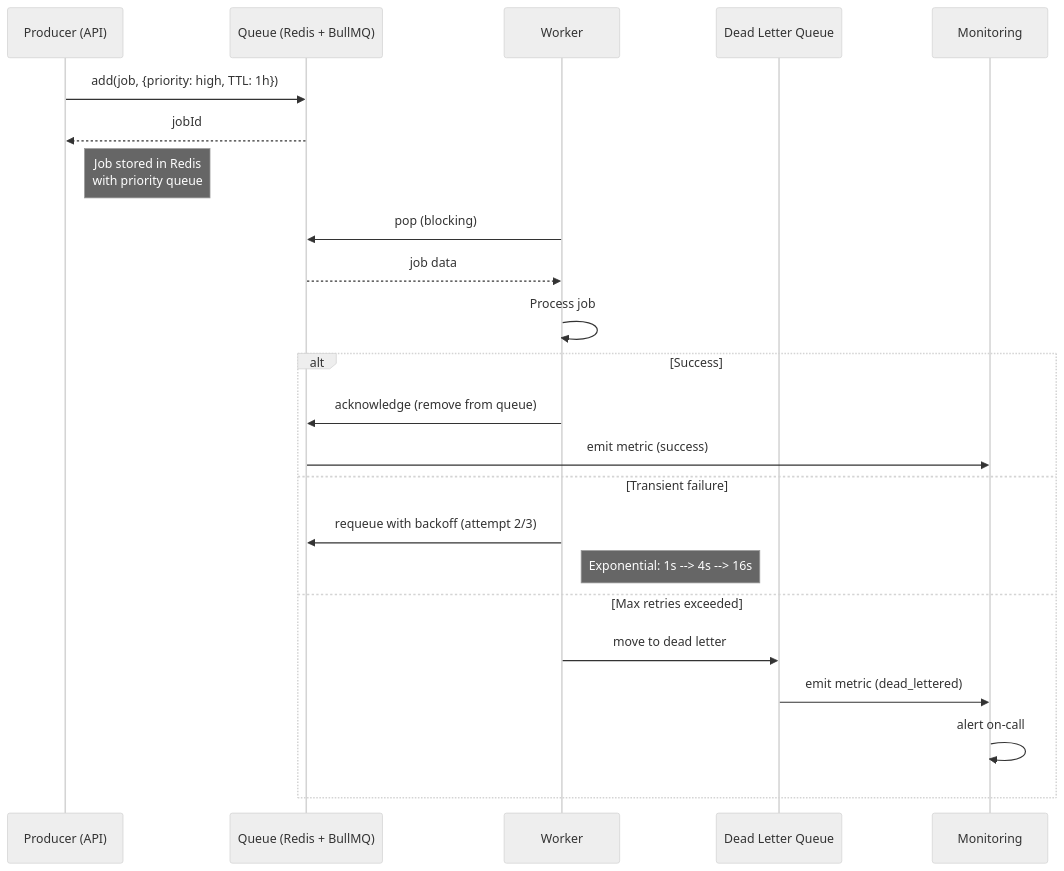
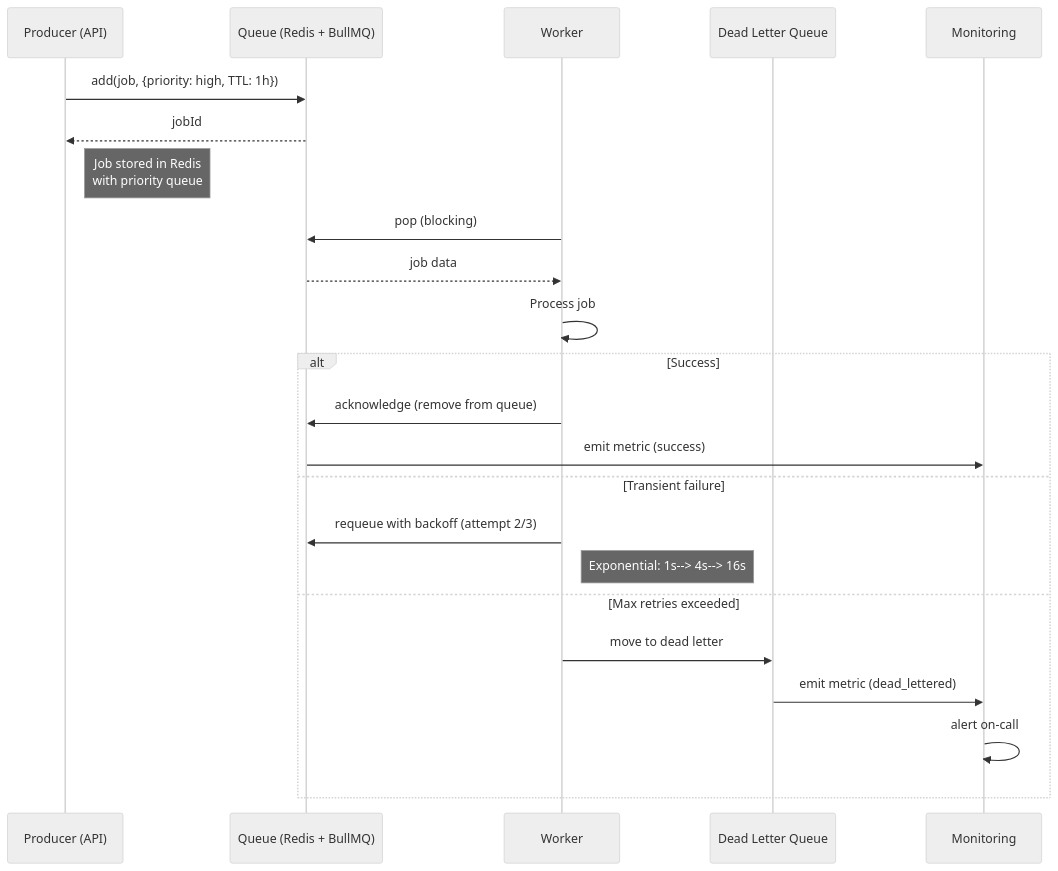
The second of 2 diagrams in docs/backend/Queue.md (Driftloom/Vaeloom), drawn with Mermaid (neutral theme) before and after one commit. The commit also changed other lines of this file and 694 other files, not shown here.

First line of the commit message:
docs: mermaid standardization — encoding/mermaid/duplicate cleanup

````diff
--- a/docs/backend/Queue.md
+++ b/docs/backend/Queue.md
@@ -202,27 +202,27 @@
 ```mermaid
 sequenceDiagram
-    participant P as Producer (API)
-    participant Q as Queue (Redis + BullMQ)
-    participant W as Worker
-    participant DLQ as Dead Letter Queue
-    participant M as Monitoring
+ participant P as Producer (API)
+ participant Q as Queue (Redis + BullMQ)
+ participant W as Worker
+ participant DLQ as Dead Letter Queue
+ participant M as Monitoring
 
-    P->>Q: add(job, {priority: high, TTL: 1h})
-    Q-->>P: jobId
-    Note right of P: Job stored in Redis<br/>with priority queue
+ P->>Q: add(job, {priority: high, TTL: 1h})
+ Q-->>P: jobId
+ Note right of P: Job stored in Redis<br/>with priority queue
 
-    W->>Q: pop (blocking)
-    Q-->>W: job data
-    W->>W: Process job
-    alt Success
-        W->>Q: acknowledge (remove from queue)
-        Q->>M: emit metric (success)
-    else Transient failure
-        W->>Q: requeue with backoff (attempt 2/3)
-        Note right of W: Exponential: 1s --> 4s --> 16s
-    else Max retries exceeded
-        W->>DLQ: move to dead letter
-        DLQ->>M: emit metric (dead_lettered)
-        M->>M: alert on-call
-    end
+ W->>Q: pop (blocking)
+ Q-->>W: job data
+ W->>W: Process job
+ alt Success
+ W->>Q: acknowledge (remove from queue)
+ Q->>M: emit metric (success)
+ else Transient failure
+ W->>Q: requeue with backoff (attempt 2/3)
+ Note right of W: Exponential: 1s--> 4s--> 16s
+ else Max retries exceeded
+ W->>DLQ: move to dead letter
+ DLQ->>M: emit metric (dead_lettered)
+ M->>M: alert on-call
+ end
 ```
````
